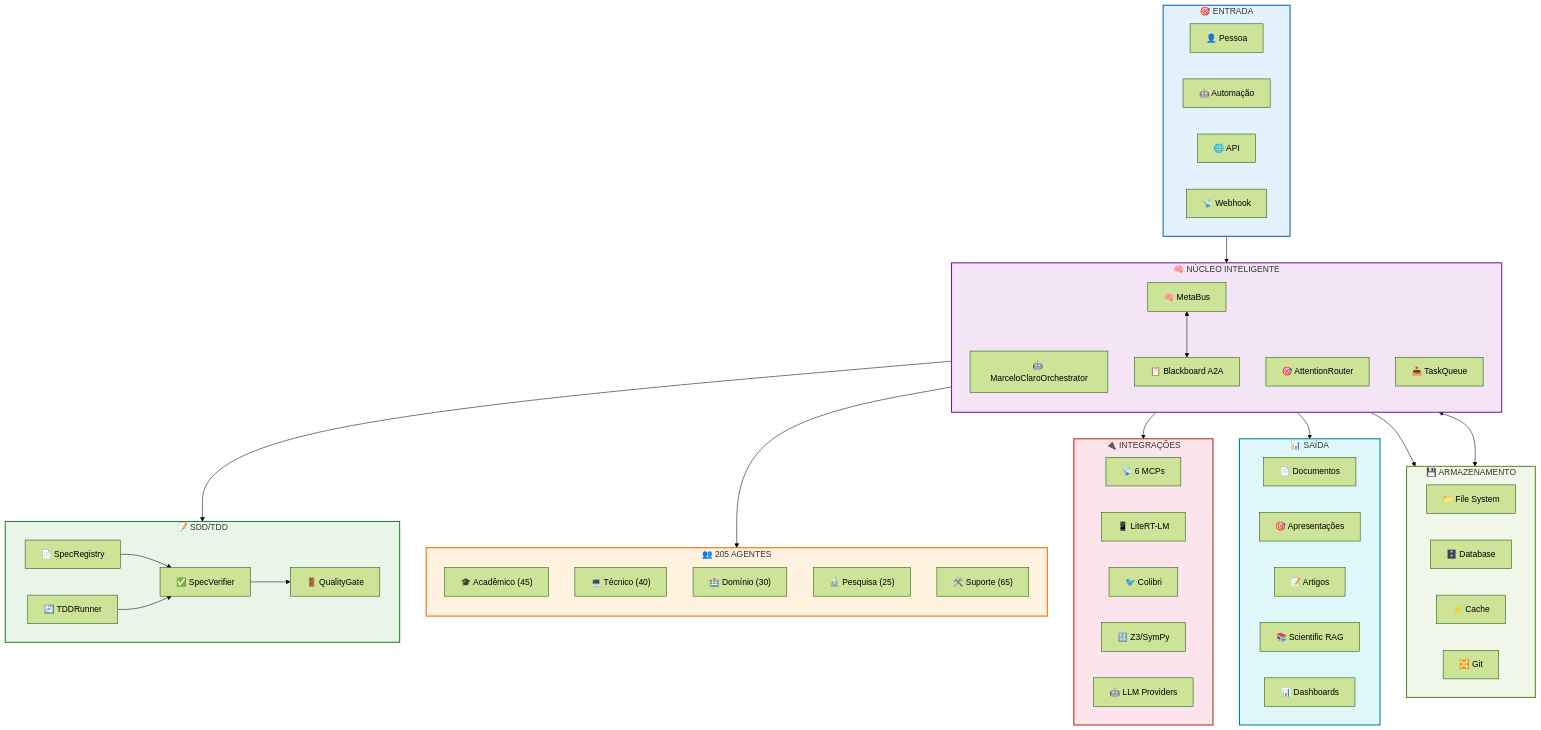
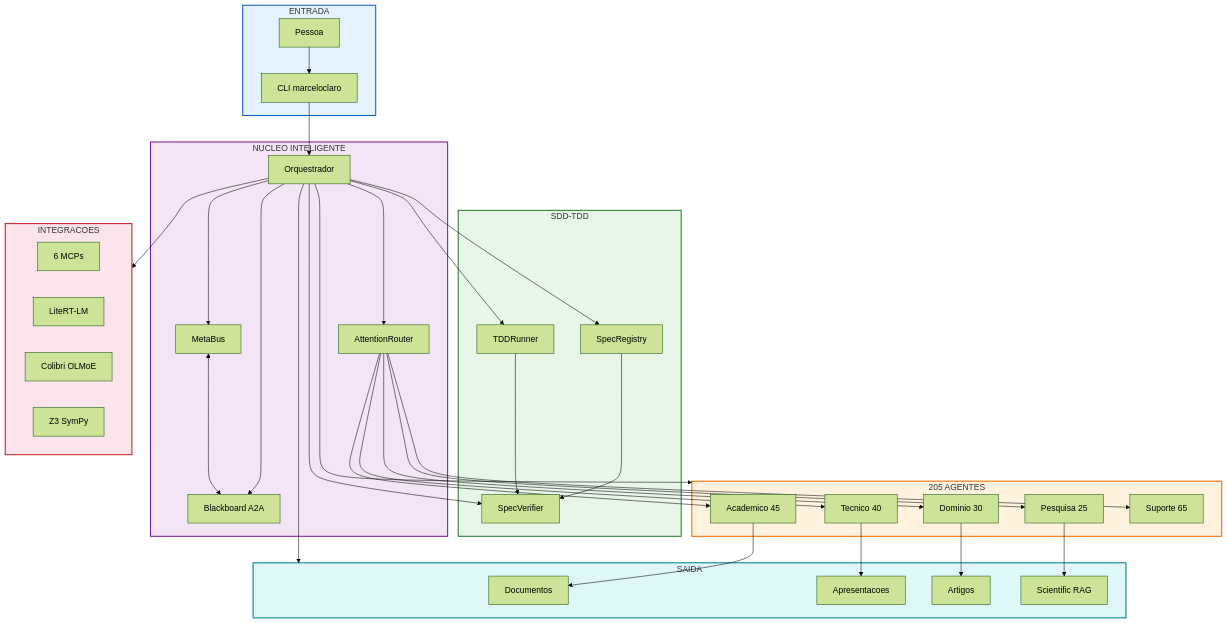
Before and after one commit to MarceloClaro/opencode-ecosystem-core: the second of 22 diagrams in README.md, drawn with Mermaid (forest theme). The commit also changed other lines of this file, not shown here.

````diff
--- a/README.md
+++ b/README.md
@@ -199,83 +193,76 @@
 ```mermaid
 flowchart TB
-    subgraph ENTRADA ["🎯 ENTRADA"]
-        direction LR
-        USER["👤 Pessoa"]
-        AUTO["🤖 Automação"]
-        API["🌐 API"]
-        WEBHOOK["📡 Webhook"]
+    subgraph ENTRADA ["ENTRADA"]
+        USER["Pessoa"]
+        CLI["CLI marceloclaro"]
     end
 
-    subgraph NUCLEO ["🧠 NÚCLEO INTELIGENTE"]
-        direction TB
-        ORQ["🤖 MarceloClaroOrchestrator"]
-        ATT["🎯 AttentionRouter"]
-        META["🧠 MetaBus"]
-        BB["📋 Blackboard A2A"]
-        QUEUE["📥 TaskQueue"]
+    subgraph NUCLEO ["NUCLEO INTELIGENTE"]
+        ORQ["Orquestrador"]
+        ATT["AttentionRouter"]
+        META["MetaBus"]
+        BB["Blackboard A2A"]
     end
 
-    subgraph SDD ["📝 SDD/TDD"]
-        direction LR
-        SPEC["📄 SpecRegistry"]
-        VER["✅ SpecVerifier"]
-        TDD["🔄 TDDRunner"]
-        GATE["🚪 QualityGate"]
+    subgraph SDDTDD ["SDD-TDD"]
+        SPEC["SpecRegistry"]
+        VER["SpecVerifier"]
+        TDD["TDDRunner"]
     end
 
-    subgraph AGENTES ["👥 205 AGENTES"]
-        direction TB
-        ACAD["🎓 Acadêmico (45)"]
-        TECH["💻 Técnico (40)"]
-        DOMAIN["🏥 Domínio (30)"]
-        RESEARCH["🔬 Pesquisa (25)"]
-        SUPPORT["🛠️ Suporte (65)"]
+    subgraph AGENTES ["205 AGENTES"]
+        ACAD["Academico 45"]
+        TECH["Tecnico 40"]
+        DOMAIN["Dominio 30"]
+        RESEARCH["Pesquisa 25"]
+        SUPPORT["Suporte 65"]
     end
 
-    subgraph INTEGRACOES ["🔌 INTEGRAÇÕES"]
-        direction LR
-        MCP["📡 6 MCPs"]
-        LITERT["📱 LiteRT-LM"]
-        COLIBRI["🐦 Colibri"]
-        Z3["🔢 Z3/SymPy"]
-        LLM["🤖 LLM Providers"]
+    subgraph INTEGRACOES ["INTEGRACOES"]
+        MCP["6 MCPs"]
+        LITERT["LiteRT-LM"]
+        COLIBRI["Colibri OLMoE"]
+        Z3["Z3 SymPy"]
     end
 
-    subgraph SAIDA ["📊 SAÍDA"]
-        direction LR
-        DOC["📄 Documentos"]
-        PRES["🎯 Apresentações"]
-        PAPER["📝 Artigos"]
-        RAG["📚 Scientific RAG"]
-        DASHBOARD["📊 Dashboards"]
+    subgraph SAIDA ["SAIDA"]
+        DOC["Documentos"]
+        PRES["Apresentacoes"]
+        PAPER["Artigos"]
+        RAG["Scientific RAG"]
     end
 
-    subgraph ARMAZENAMENTO ["💾 ARMAZENAMENTO"]
-        direction LR
-        FS["📁 File System"]
-        DB["🗄️ Database"]
-        CACHE["⚡ Cache"]
-        GIT["🔀 Git"]
-    end
-
-    ENTRADA --> NUCLEO
-    NUCLEO --> SDD
-    NUCLEO --> AGENTES
-    NUCLEO --> INTEGRACOES
-    NUCLEO --> SAIDA
-    NUCLEO --> ARMAZENAMENTO
+    USER --> CLI
+    CLI --> ORQ
+    ORQ --> ATT
+    ORQ --> META
+    ORQ --> BB
+    ORQ --> SPEC
+    ORQ --> VER
+    ORQ --> TDD
+    ORQ --> AGENTES
+    ORQ --> INTEGRACOES
+    ORQ --> SAIDA
 
     META <--> BB
-    META <--> ARMAZENAMENTO
     SPEC --> VER
     TDD --> VER
-    VER --> GATE
+
+    ATT --> ACAD
+    ATT --> TECH
+    ATT --> DOMAIN
+    ATT --> RESEARCH
+    ATT --> SUPPORT
+
+    ACAD --> DOC
+    TECH --> PRES
+    DOMAIN --> PAPER
+    RESEARCH --> RAG
 
     style ENTRADA fill:#e3f2fd,stroke:#1565c0,stroke-width:2px
     style NUCLEO fill:#f3e5f5,stroke:#7b1fa2,stroke-width:2px
-    style SDD fill:#e8f5e9,stroke:#2e7d32,stroke-width:2px
+    style SDDTDD fill:#e8f5e9,stroke:#2e7d32,stroke-width:2px
     style AGENTES fill:#fff3e0,stroke:#ef6c00,stroke-width:2px
     style INTEGRACOES fill:#fce4ec,stroke:#c62828,stroke-width:2px
     style SAIDA fill:#e0f7fa,stroke:#00838f,stroke-width:2px
-    style ARMAZENAMENTO fill:#f1f8e9,stroke:#558b2f,stroke-width:2px
 ```
````
